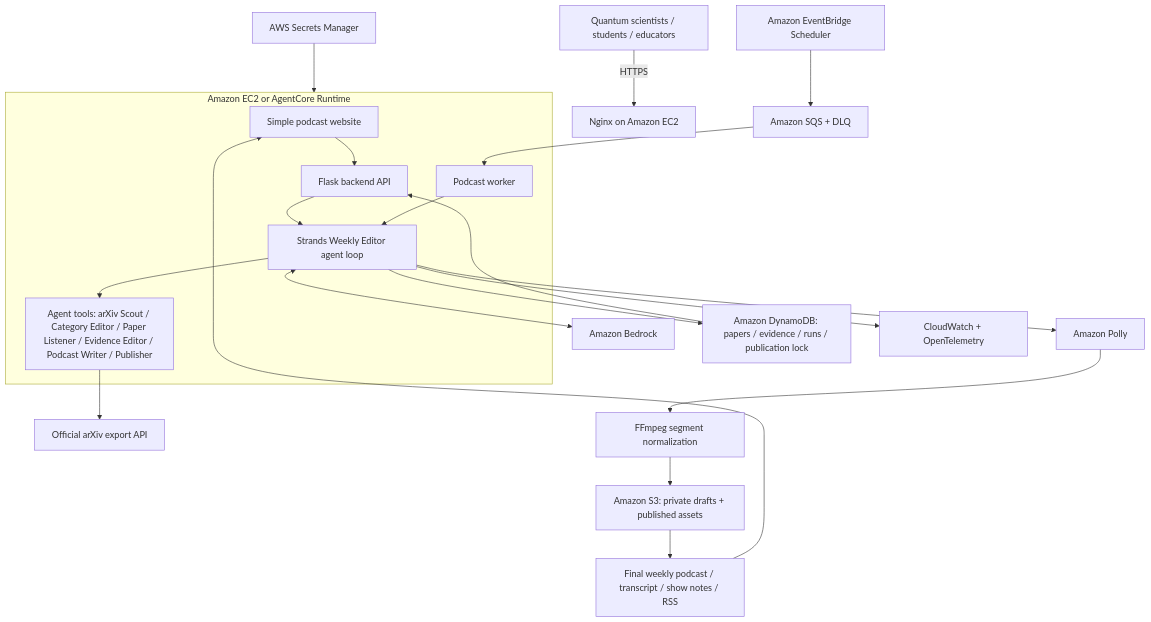
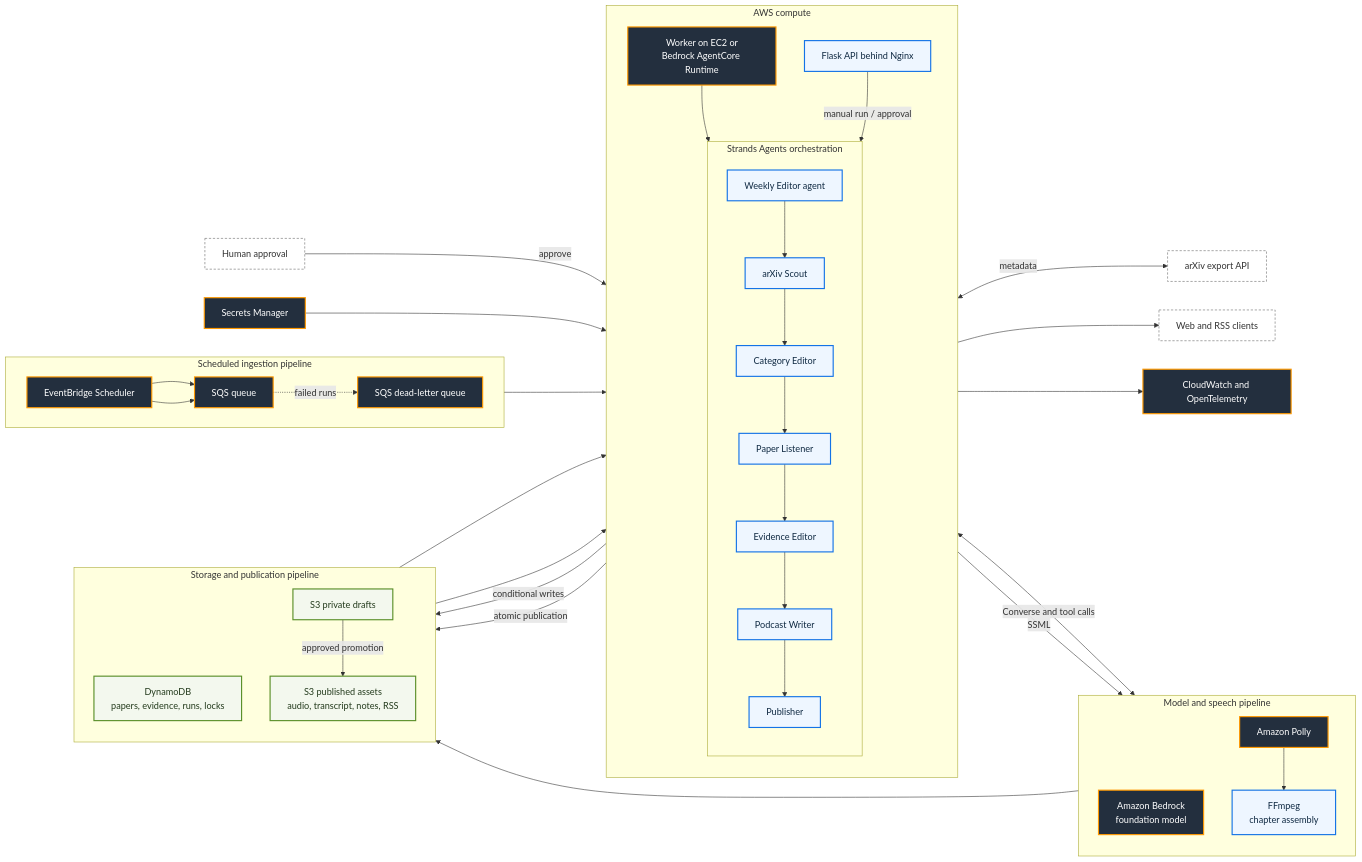
The diagram in docs/architecture.mmd (kwyip/quantumlistener_release_0), drawn with Mermaid before and after one commit. The commit also changed 8 other files, not shown here.

Commit message:
Streamline repository and document AWS architecture

```diff
--- a/docs/architecture.mmd
+++ b/docs/architecture.mmd
@@ -1,19 +1,66 @@
-flowchart TB
-  User[Quantum scientists / students / educators] -->|HTTPS| Nginx[Nginx on Amazon EC2]
-  subgraph EC2[Amazon EC2 or AgentCore Runtime]
-    UI[Simple podcast website] --> API[Flask backend API]
-    API --> Editor[Strands Weekly Editor agent loop]
-    Worker[Podcast worker] --> Editor
-    Editor --> Tools[Agent tools: arXiv Scout / Category Editor / Paper Listener / Evidence Editor / Podcast Writer / Publisher]
+flowchart LR
+  classDef aws fill:#232f3e,color:#fff,stroke:#ff9900,stroke-width:2px
+  classDef agent fill:#eef6ff,color:#102a43,stroke:#1473e6,stroke-width:2px
+  classDef data fill:#f3f8ee,color:#243b1d,stroke:#5a8f29,stroke-width:2px
+  classDef external fill:#fff,color:#333,stroke:#666,stroke-dasharray:4 3
+
+  arxiv[arXiv export API]:::external
+  listener[Web and RSS clients]:::external
+  reviewer[Human approval]:::external
+
+  subgraph intake[Scheduled ingestion pipeline]
+    direction LR
+    schedule[EventBridge Scheduler]:::aws --> queue[SQS queue]:::aws
+    queue -. failed runs .-> dlq[SQS dead-letter queue]:::aws
   end
-  Scheduler[Amazon EventBridge Scheduler] --> SQS[Amazon SQS + DLQ] --> Worker
-  Tools --> Arxiv[Official arXiv export API]
-  Editor <--> Bedrock[Amazon Bedrock]
-  Editor --> DDB[Amazon DynamoDB: papers / evidence / runs / publication lock]
-  Editor --> Polly[Amazon Polly] --> FFmpeg[FFmpeg segment normalization]
-  FFmpeg --> S3[Amazon S3: private drafts + published assets]
-  DDB --> API
-  S3 --> Output[Final weekly podcast / transcript / show notes / RSS]
-  Output --> UI
-  Editor --> CW[CloudWatch + OpenTelemetry]
-  Secrets[AWS Secrets Manager] --> EC2
+
+  subgraph runtime[AWS compute]
+    direction TB
+    worker[Worker on EC2 or<br/>Bedrock AgentCore Runtime]:::aws
+    api[Flask API behind Nginx]:::agent
+
+    subgraph strands[Strands Agents orchestration]
+      direction TB
+      editor[Weekly Editor agent]:::agent
+      scout[arXiv Scout]:::agent
+      category[Category Editor]:::agent
+      paper[Paper Listener]:::agent
+      evidence[Evidence Editor]:::agent
+      writer[Podcast Writer]:::agent
+      publisher[Publisher]:::agent
+      editor --> scout --> category --> paper --> evidence --> writer --> publisher
+    end
+
+    worker --> editor
+    api -->|manual run / approval| editor
+  end
+
+  subgraph intelligence[Model and speech pipeline]
+    direction TB
+    bedrock[Amazon Bedrock<br/>foundation model]:::aws
+    polly[Amazon Polly]:::aws
+    ffmpeg[FFmpeg<br/>chapter assembly]:::agent
+    polly --> ffmpeg
+  end
+
+  subgraph persistence[Storage and publication pipeline]
+    direction TB
+    ddb[DynamoDB<br/>papers, evidence, runs, locks]:::data
+    drafts[S3 private drafts]:::data
+    published[S3 published assets<br/>audio, transcript, notes, RSS]:::data
+    drafts -->|approved promotion| published
+  end
+
+  schedule --> queue --> worker
+  scout <-->|metadata| arxiv
+  editor <-->|Converse and tool calls| bedrock
+  writer -->|SSML| polly
+  ffmpeg --> drafts
+  reviewer -->|approve| api
+  publisher -->|conditional writes| ddb
+  publisher -->|atomic publication| published
+  ddb --> api
+  published --> api --> listener
+
+  secrets[Secrets Manager]:::aws --> runtime
+  runtime --> telemetry[CloudWatch and OpenTelemetry]:::aws
```
